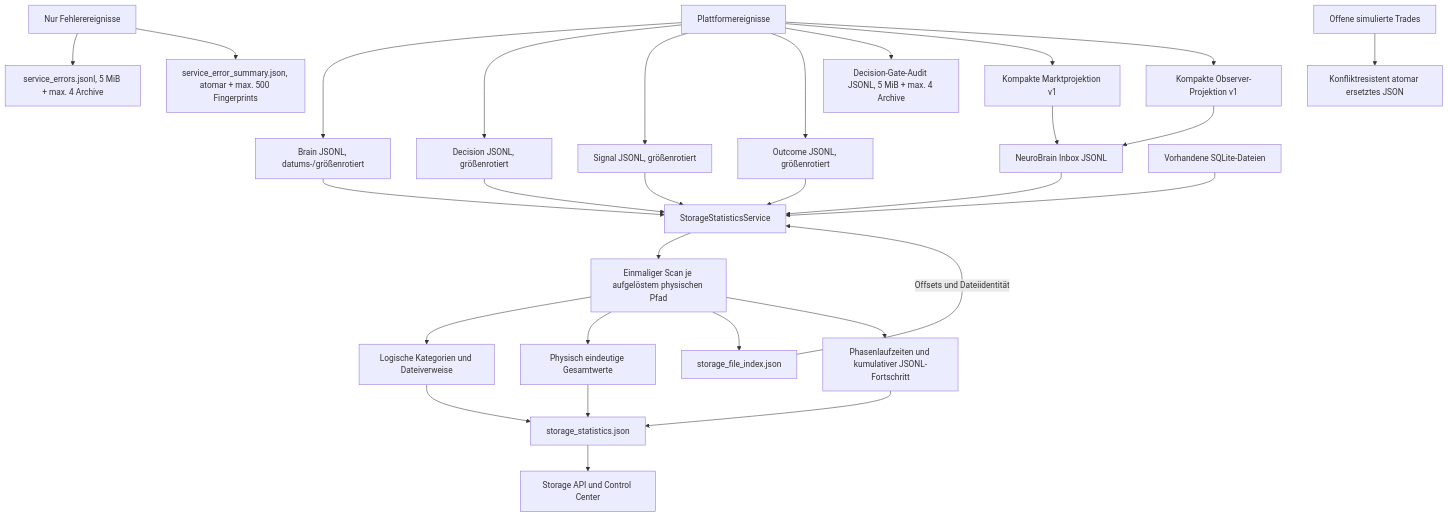
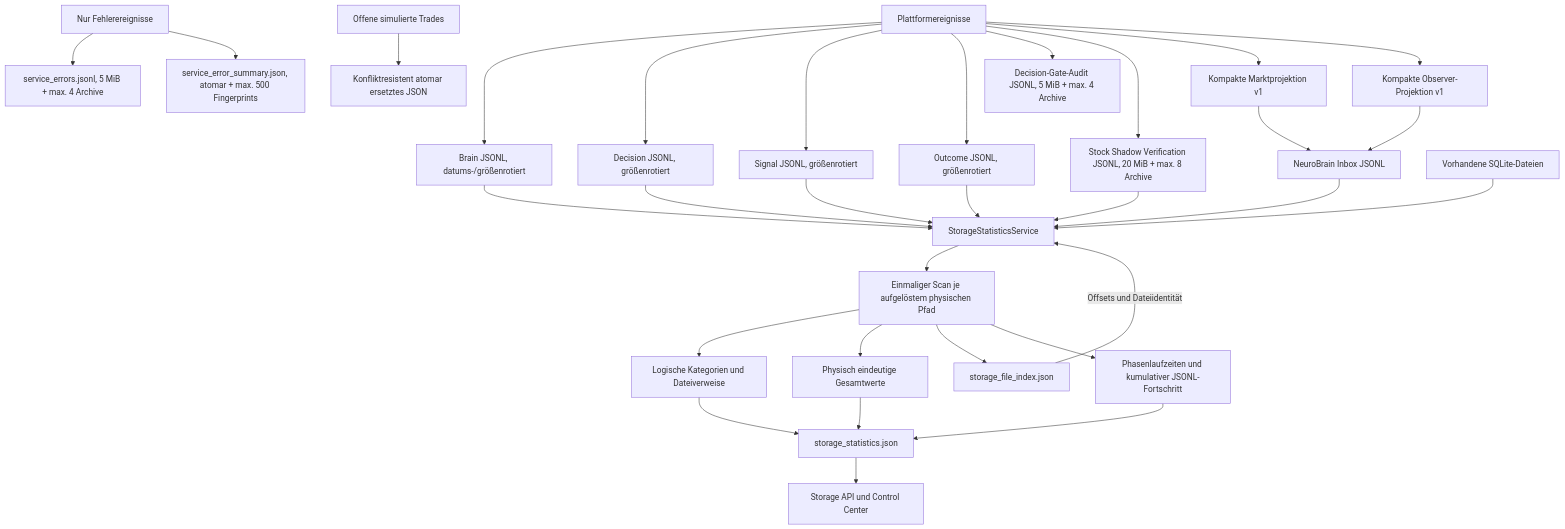
The fourth of 8 diagrams in docs/ARCHITECTURE.md (cRioshy/Pando), drawn with Mermaid before and after one commit. The commit also changed other lines of this file and 23 other files, not shown here.

Commit message:
Add stock shadow verification observer

````diff
--- a/docs/ARCHITECTURE.md
+++ b/docs/ARCHITECTURE.md
@@ -148,26 +161,27 @@
 ```mermaid
 flowchart TD
     EVENTS["Plattformereignisse"] --> BRAIN["Brain JSONL, datums-/größenrotiert"]
     EVENTS --> DEC["Decision JSONL, größenrotiert"]
     EVENTS --> SIG["Signal JSONL, größenrotiert"]
     EVENTS --> OUT["Outcome JSONL, größenrotiert"]
     EVENTS --> GATE["Decision-Gate-Audit JSONL, 5 MiB + max. 4 Archive"]
+    EVENTS --> VERIFY["Stock Shadow Verification JSONL, 20 MiB + max. 8 Archive"]
     EVENTS --> MP["Kompakte Marktprojektion v1"]
     EVENTS --> OP["Kompakte Observer-Projektion v1"]
     MP --> NEURO["NeuroBrain Inbox JSONL"]
     OP --> NEURO
     ERRORS["Nur Fehlerereignisse"] --> ERRLOG["service_errors.jsonl, 5 MiB + max. 4 Archive"]
     ERRORS --> ERRSUM["service_error_summary.json, atomar + max. 500 Fingerprints"]
     OPEN["Offene simulierte Trades"] --> JSON["Konfliktresistent atomar ersetztes JSON"]
-    BRAIN & DEC & SIG & OUT & NEURO --> SCAN["StorageStatisticsService"]
+    BRAIN & DEC & SIG & OUT & VERIFY & NEURO --> SCAN["StorageStatisticsService"]
     SQLITE["Vorhandene SQLite-Dateien"] --> SCAN
     SCAN --> UNIQUE["Einmaliger Scan je aufgelöstem physischen Pfad"]
     UNIQUE --> LOGICAL["Logische Kategorien und Dateiverweise"]
     UNIQUE --> PHYSICAL["Physisch eindeutige Gesamtwerte"]
     UNIQUE --> INDEX["storage_file_index.json"]
     UNIQUE --> METRICS["Phasenlaufzeiten und kumulativer JSONL-Fortschritt"]
     LOGICAL & PHYSICAL --> SNAP["storage_statistics.json"]
     METRICS --> SNAP
     INDEX -->|"Offsets und Dateiidentität"| SCAN
     SNAP --> API["Storage API und Control Center"]
 ```
````
